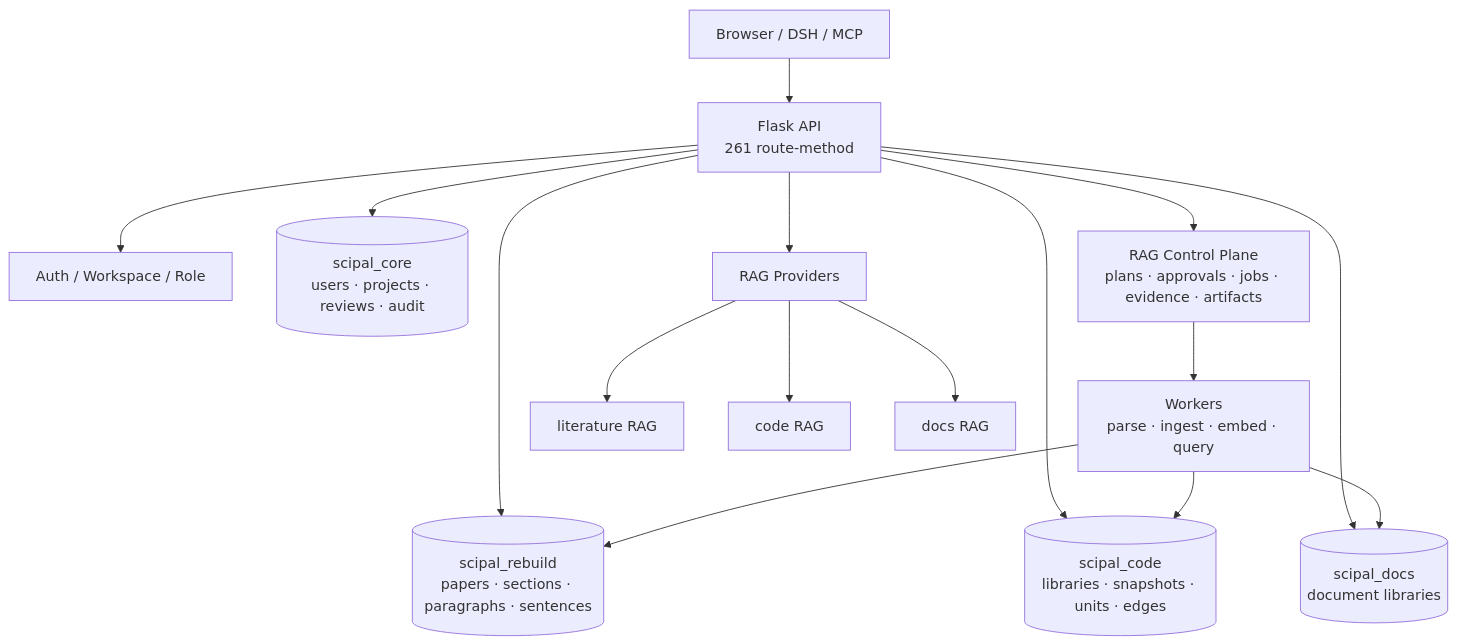
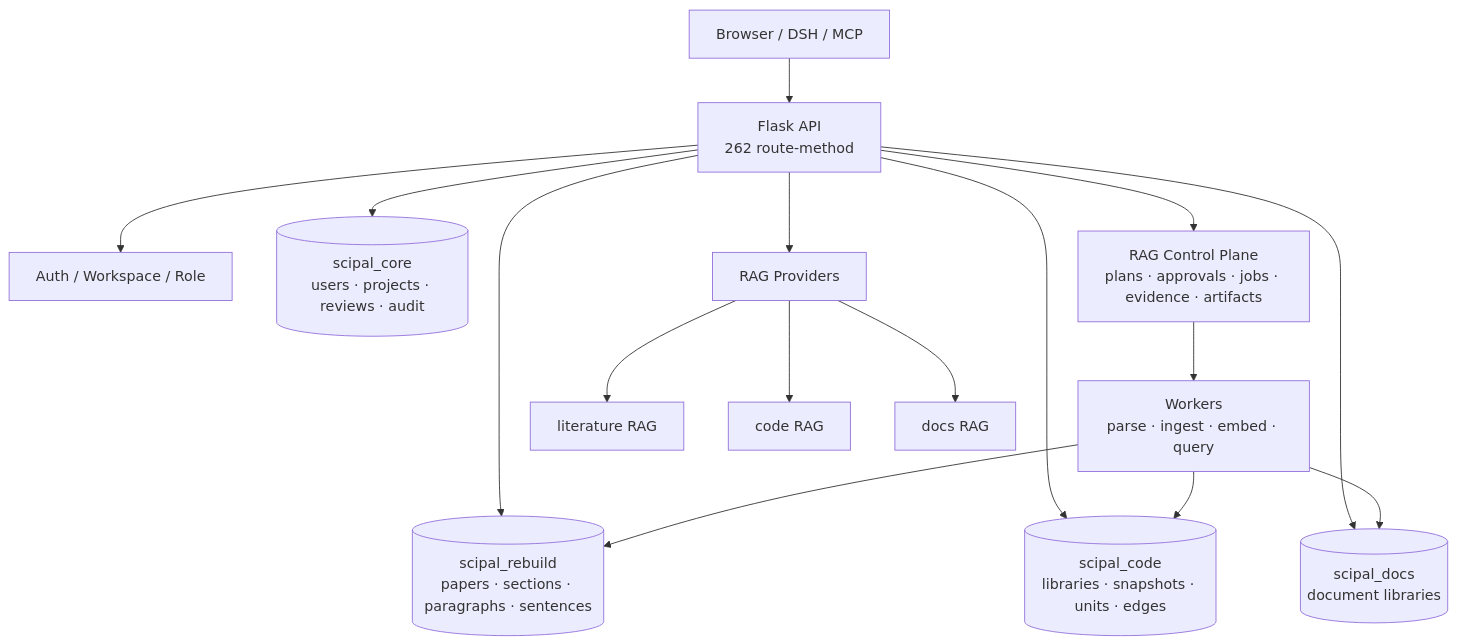
The first of 2 diagrams in README.md (williamchen520/sci-pal), drawn with Mermaid before and after one commit. The commit also changed other lines of this file and 5 other files, not shown here.

````diff
--- a/README.md
+++ b/README.md
@@ -77,20 +77,20 @@
 ```mermaid
 flowchart TB
-    U["Browser / DSH / MCP"] --> API["Flask API<br/>261 route-method"]
+    U["Browser / DSH / MCP"] --> API["Flask API<br/>262 route-method"]
     API --> AUTH["Auth / Workspace / Role"]
     API --> CORE[("scipal_core<br/>users · projects · reviews · audit")]
     API --> CORPUS[("scipal_rebuild<br/>papers · sections · paragraphs · sentences")]
     API --> CODE[("scipal_code<br/>libraries · snapshots · units · edges")]
     API --> DOCS[("scipal_docs<br/>document libraries")]
 
     API --> CP["RAG Control Plane<br/>plans · approvals · jobs · evidence · artifacts"]
     CP --> WORKER["Workers<br/>parse · ingest · embed · query"]
     WORKER --> CORPUS
     WORKER --> CODE
     WORKER --> DOCS
 
     API --> PROV["RAG Providers"]
     PROV --> LIT["literature RAG"]
     PROV --> CRAG["code RAG"]
     PROV --> DRAG["docs RAG"]
 ```
````
